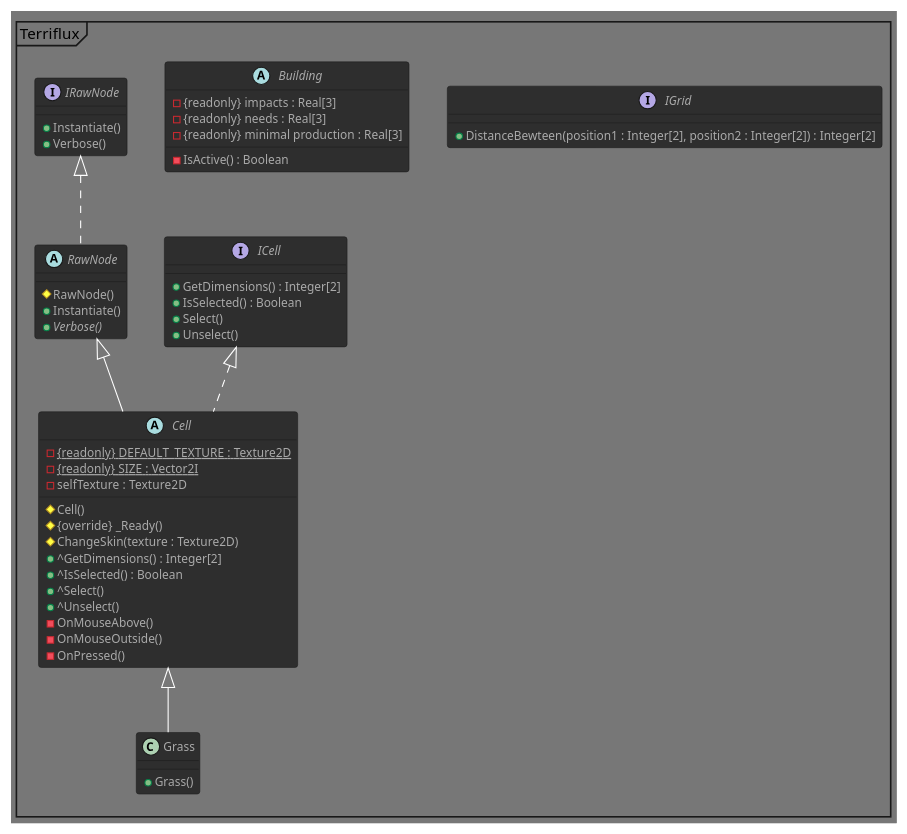
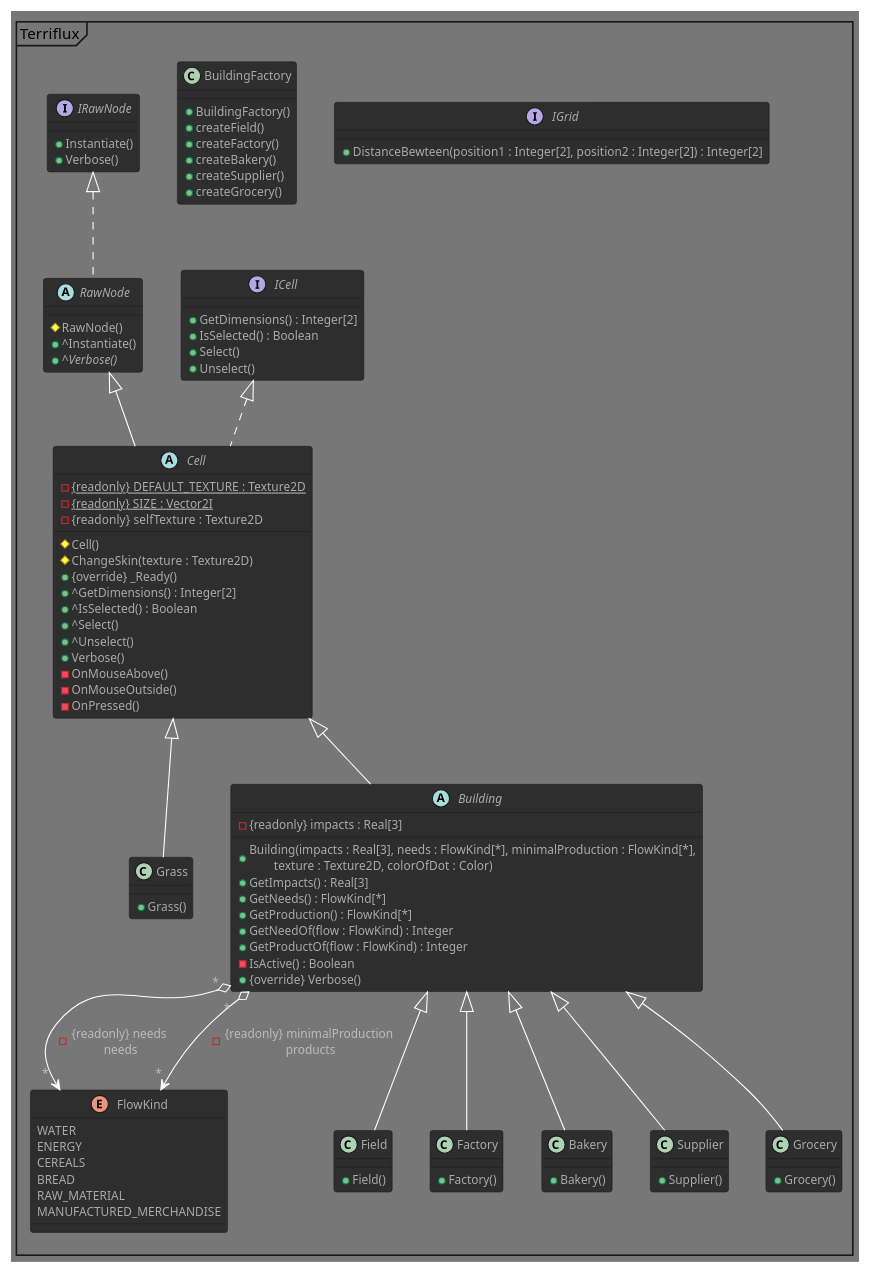
The diagram in Terriflux.puml (Spidermatou/Terriflux), drawn with PlantUML before and after one commit. The commit also changed 1 other file, not shown here.

```diff
--- a/Terriflux.puml
+++ b/Terriflux.puml
@@ -1,66 +1,109 @@
 @startuml
 !theme reddress-darkgreen
 
 mainframe Terriflux
 
 /' GENERAL '/
 interface IRawNode  /' Any node of our own creation '/
 {
     + Instantiate() /' substitutes GD.Load '/
     + Verbose()
 }
 abstract RawNode implements IRawNode /' extends Godot.Node '/
 {
     # RawNode() /' this.Name = this.getClass().ToString() '/ 
-    + Instantiate() /' (IRawNode) GD.Load<PackedScene>(chemin_vers_noeud + noeud.Name) '/
-    + {abstract} Verbose()
+    + ^Instantiate() /' (IRawNode) GD.Load<PackedScene>(chemin_vers_noeud + noeud.Name) '/
+    + ^{abstract} Verbose()
 }
 
 /' CELLS '/
 interface ICell 
 {
     + GetDimensions() : Integer[2] /' VectorI(x, y) '/
     + IsSelected() : Boolean
     + Select()
     + Unselect() /' TODO - actuel ResetTexture '/
 }
 abstract Cell extends RawNode implements ICell
 {
     - {static} {readonly} DEFAULT_TEXTURE : Texture2D
     - {static} {readonly} SIZE : Vector2I 
-    - selfTexture : Texture2D
+    - {readonly} selfTexture : Texture2D
     # Cell()
-    # {override} _Ready() /' ChangeSkin() '/
     # ChangeSkin(texture : Texture2D)
+    + {override} _Ready() /' ChangeSkin() '/
     + ^GetDimensions() : Integer[2] 
     + ^IsSelected() : Boolean
     + ^Select()
     + ^Unselect() 
+    + Verbose()
     - OnMouseAbove()
     - OnMouseOutside()
     - OnPressed()
 }
 class Grass extends Cell
 {
     + Grass() 
 }
-abstract Building
+abstract Building extends Cell
 {
     - {readonly} impacts : Real[3]
-    - {readonly} needs : Real[3]
-    - {readonly} minimal production : Real[3]
+    + Building(impacts : Real[3], needs : FlowKind[*], minimalProduction : FlowKind[*],\n\ttexture : Texture2D, colorOfDot : Color)
+    + GetImpacts() : Real[3]
+    + GetNeeds() : FlowKind[*]
+    + GetProduction() : FlowKind[*]     /' minimal product '/
+    + GetNeedOf(flow : FlowKind) : Integer
+    + GetProductOf(flow : FlowKind) : Integer        /' minimal product '/
     - IsActive() : Boolean /' will produce sth this turn '/
-
-    /' TODO '/
-    
+    + {override} Verbose()
 }
-
+/' needs & minimalProduction = (FlowKind, Integer)[*] '/
+Building" * " o--> " * "FlowKind : - {readonly} needs \n needs      
+Building" * " o--> " * "FlowKind : - {readonly} minimalProduction \n products
+enum FlowKind
+{
+    WATER
+    ENERGY
+    CEREALS
+    BREAD
+    RAW_MATERIAL
+    MANUFACTURED_MERCHANDISE
+}
+class Field extends Building
+{
+    + Field()       /' 1.5, 4.0, -2.0; WATER,1 ; CEREALS,2 ; #Ce517b '/
+}
+class Factory extends Building
+{
+    + Factory()    /' 8.5, -23.0, -11.8 ; WATER,3, ENERGY,7, RAW_MATERIAL,4 ; MANUFACTURED_MERCHANDISE,5 ; #Ce7651 '/
+}
+class Bakery extends Building
+{
+    + Bakery()      /' 3.0, -1.0, -4.0 ; WATER,2, ENERGY,1, CEREALS,2 ; BREAD,3 ; #Ceb851 '/
+}
+class Supplier extends Building
+{
+    + Supplier()        /' 2.5, -2.0, -5.0 ; ; WATER,5, ENERGY,6 ; #51ce60 '/
+}
+class Grocery extends Building
+{
+    + Grocery()         /' 15.0, -2.5, -2.5 ; MANUFACTURED_MERCHANDISE,3, ENERGY,1 ; #51ceb4 '/
+}
+class BuildingFactory
+{
+    + BuildingFactory()
+    + createField()
+    + createFactory()
+    + createBakery()
+    + createSupplier()
+    + createGrocery()
+}
 
 interface IGrid
 {
     + DistanceBewteen(position1 : Integer[2], position2 : Integer[2]) : Integer[2] /' Tuple<int, int> '/
-
 }
 
 
+
 @enduml
```
